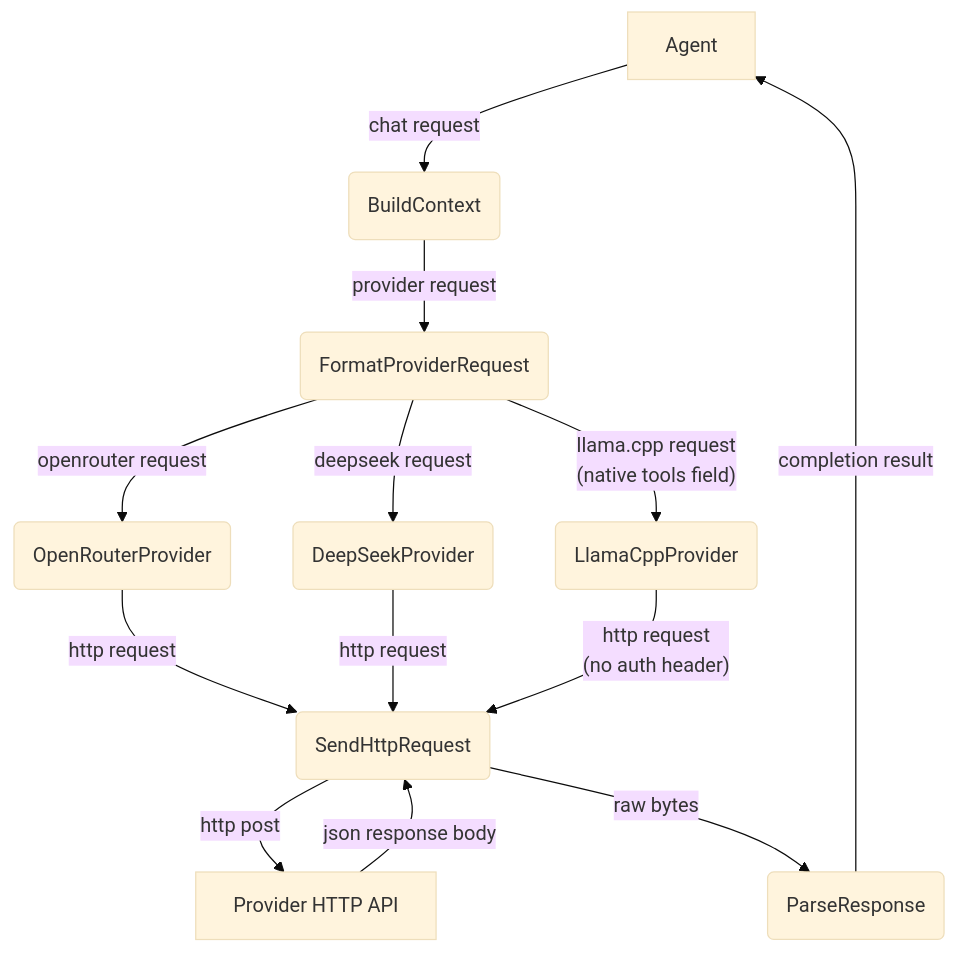
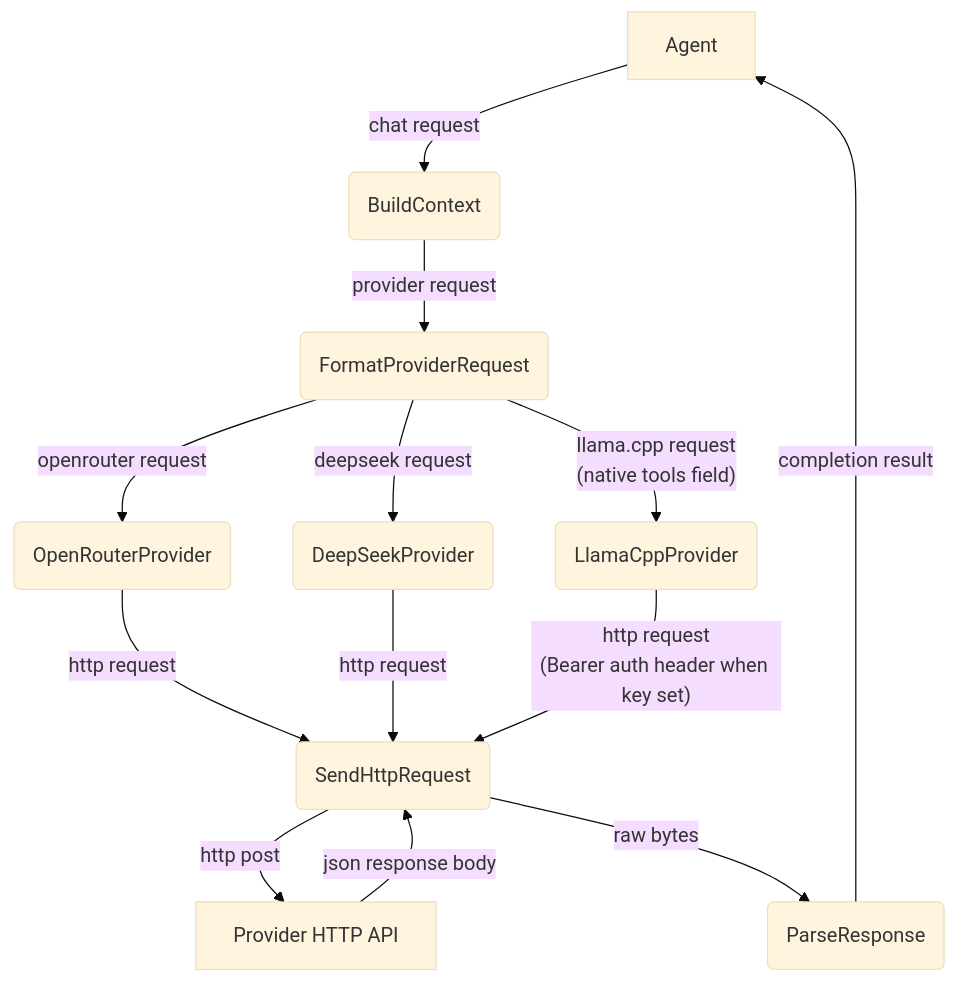
One commit to cosmoswafer/rockbot changed the first of 3 diagrams in _dfd/ai/ai-provider.md. Above: the diagram before and after it, drawn with Mermaid (base theme). The commit also changed other lines of this file and 2 other files, not shown here.

First line of the commit message:
fix(llamacpp): send Authorization Bearer header when api_key is set (closes #73)

````diff
--- a/_dfd/ai/ai-provider.md
+++ b/_dfd/ai/ai-provider.md
@@ -56,25 +59,25 @@
 ```mermaid
 flowchart TD
     AGENT[Agent]
     BUILD(BuildContext)
     FORMAT(FormatProviderRequest)
     OPENROUTER(OpenRouterProvider)
     DEEPSEEK(DeepSeekProvider)
     LLAMA(LlamaCppProvider)
     HTTP(SendHttpRequest)
     PARSE(ParseResponse)
     PROVIDER_API[Provider HTTP API]
 
     AGENT -->|"chat request"| BUILD
     BUILD -->|"provider request"| FORMAT
     FORMAT -->|"openrouter request"| OPENROUTER
     FORMAT -->|"deepseek request"| DEEPSEEK
     FORMAT -->|"llama.cpp request<br/>(native tools field)"| LLAMA
     OPENROUTER -->|"http request"| HTTP
     DEEPSEEK -->|"http request"| HTTP
-    LLAMA -->|"http request<br/>(no auth header)"| HTTP
+    LLAMA -->|"http request<br/>(Bearer auth header when key set)"| HTTP
     HTTP -->|"http post"| PROVIDER_API
     PROVIDER_API -->|"json response body"| HTTP
     HTTP -->|"raw bytes"| PARSE
     PARSE -->|"completion result"| AGENT
 ```
````
